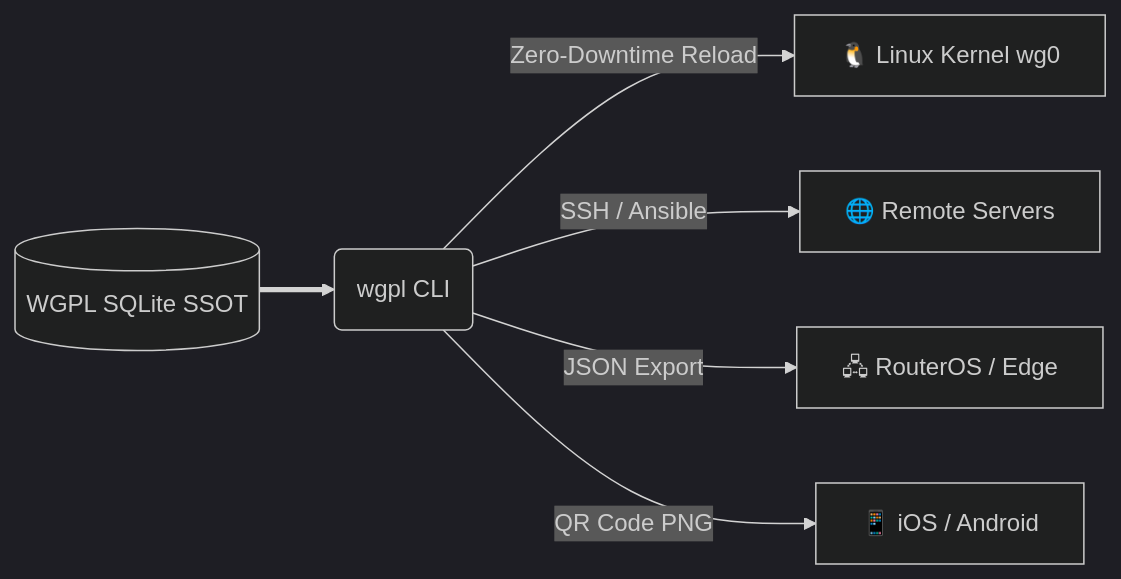
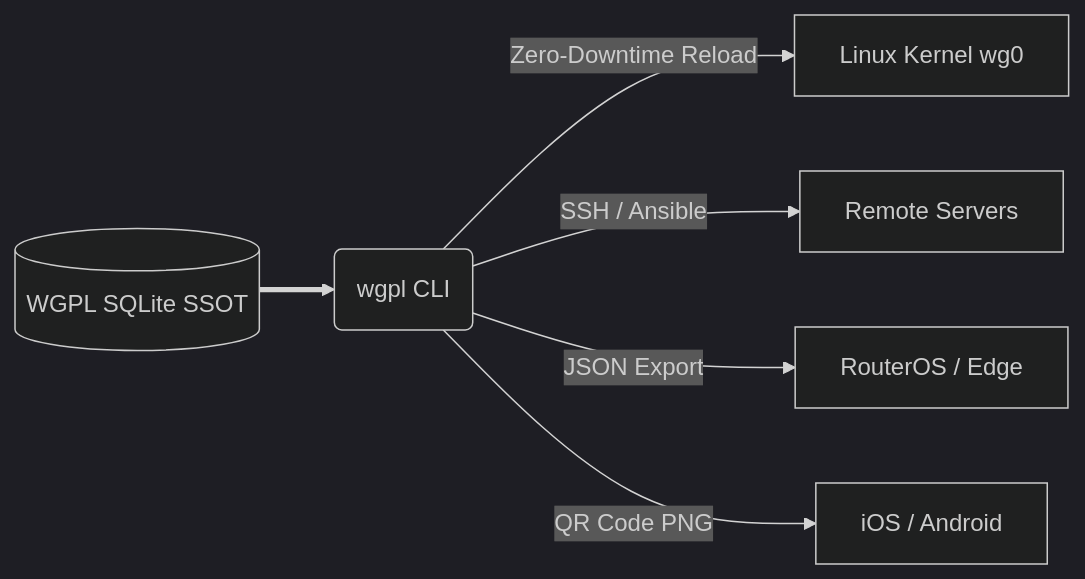
One commit to aleaz/wgpl changed the diagram in README.md. Above: the diagram before and after it, drawn with Mermaid (dark theme).

Commit message:
docs(readme): remove emojis from mermaid diagram

````diff
--- a/README.md
+++ b/README.md
@@ -89,9 +89,9 @@
 ```mermaid
 flowchart LR
     DB[(WGPL SQLite SSOT)] ==> CLI(wgpl CLI)
 
-    CLI -->|Zero-Downtime Reload| Linux[🐧 Linux Kernel wg0]
-    CLI -->|SSH / Ansible| Remote[🌐 Remote Servers]
-    CLI -->|JSON Export| Router[🖧 RouterOS / Edge]
-    CLI -->|QR Code PNG| Mobile[📱 iOS / Android]
+    CLI -->|Zero-Downtime Reload| Linux[Linux Kernel wg0]
+    CLI -->|SSH / Ansible| Remote[Remote Servers]
+    CLI -->|JSON Export| Router[RouterOS / Edge]
+    CLI -->|QR Code PNG| Mobile[iOS / Android]
 ```
````
